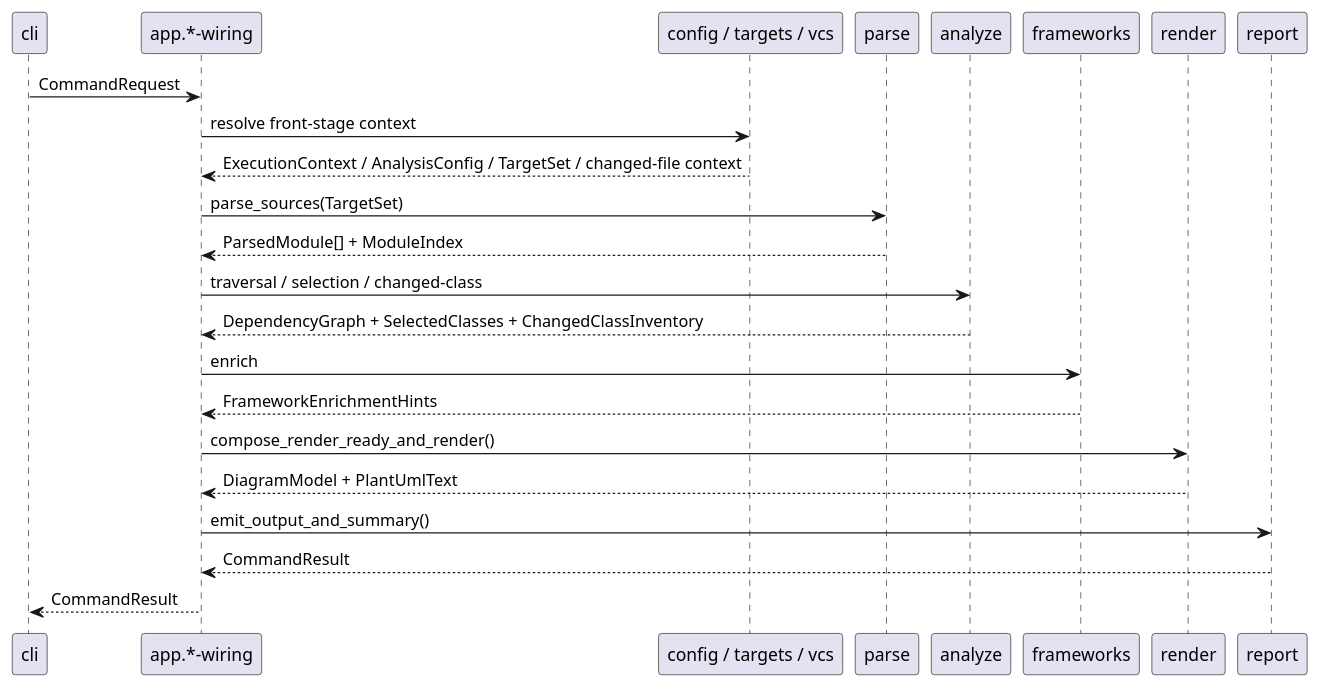
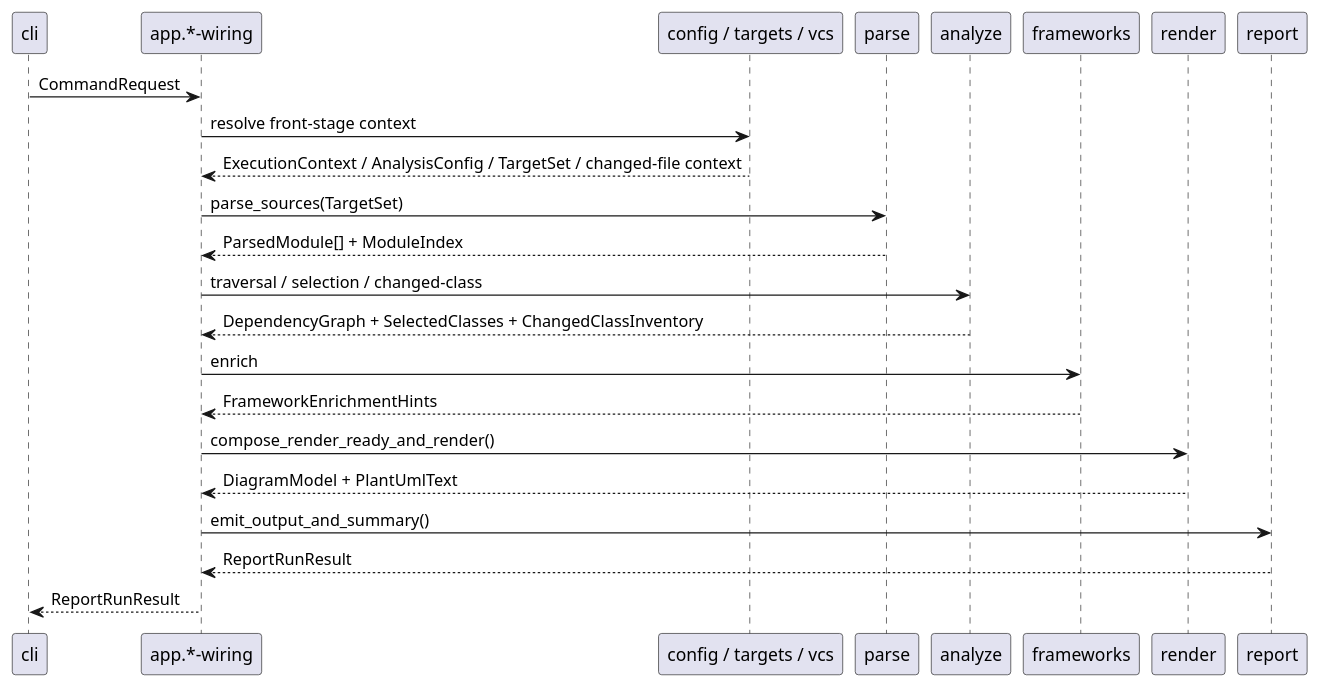
One commit to chemitaro/pyclassuml changed the second of 2 diagrams in spec-dock/initiatives/init-00001-pyclassuml-prototype/epics/epic-00005-e2e-command-wiring/design.md. Above: the diagram before and after it, drawn with PlantUML. The commit also changed other lines of this file and 4 other files, not shown here.

````diff
--- a/spec-dock/initiatives/init-00001-pyclassuml-prototype/epics/epic-00005-e2e-command-wiring/design.md
+++ b/spec-dock/initiatives/init-00001-pyclassuml-prototype/epics/epic-00005-e2e-command-wiring/design.md
@@ -112,27 +114,27 @@
 ```plantuml
 @startuml
 participant cli
 participant app as "app.*-wiring"
 participant front as "config / targets / vcs"
 participant parse
 participant analyze
 participant frameworks
 participant render
 participant report
 
 cli -> app: CommandRequest
 app -> front: resolve front-stage context
 front --> app: ExecutionContext / AnalysisConfig / TargetSet / changed-file context
 app -> parse: parse_sources(TargetSet)
 parse --> app: ParsedModule[] + ModuleIndex
 app -> analyze: traversal / selection / changed-class
 analyze --> app: DependencyGraph + SelectedClasses + ChangedClassInventory
 app -> frameworks: enrich
 frameworks --> app: FrameworkEnrichmentHints
 app -> render: compose_render_ready_and_render()
 render --> app: DiagramModel + PlantUmlText
 app -> report: emit_output_and_summary()
-report --> app: CommandResult
-app --> cli: CommandResult
+report --> app: ReportRunResult
+app --> cli: ReportRunResult
 @enduml
 ```
````
